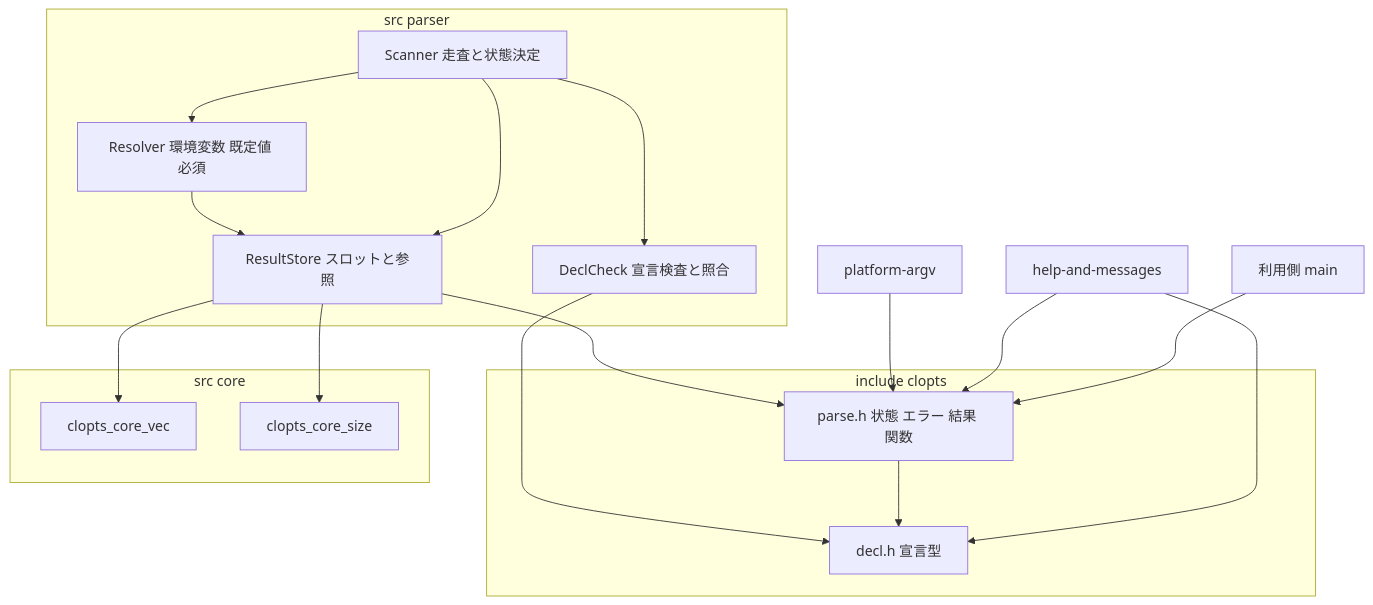
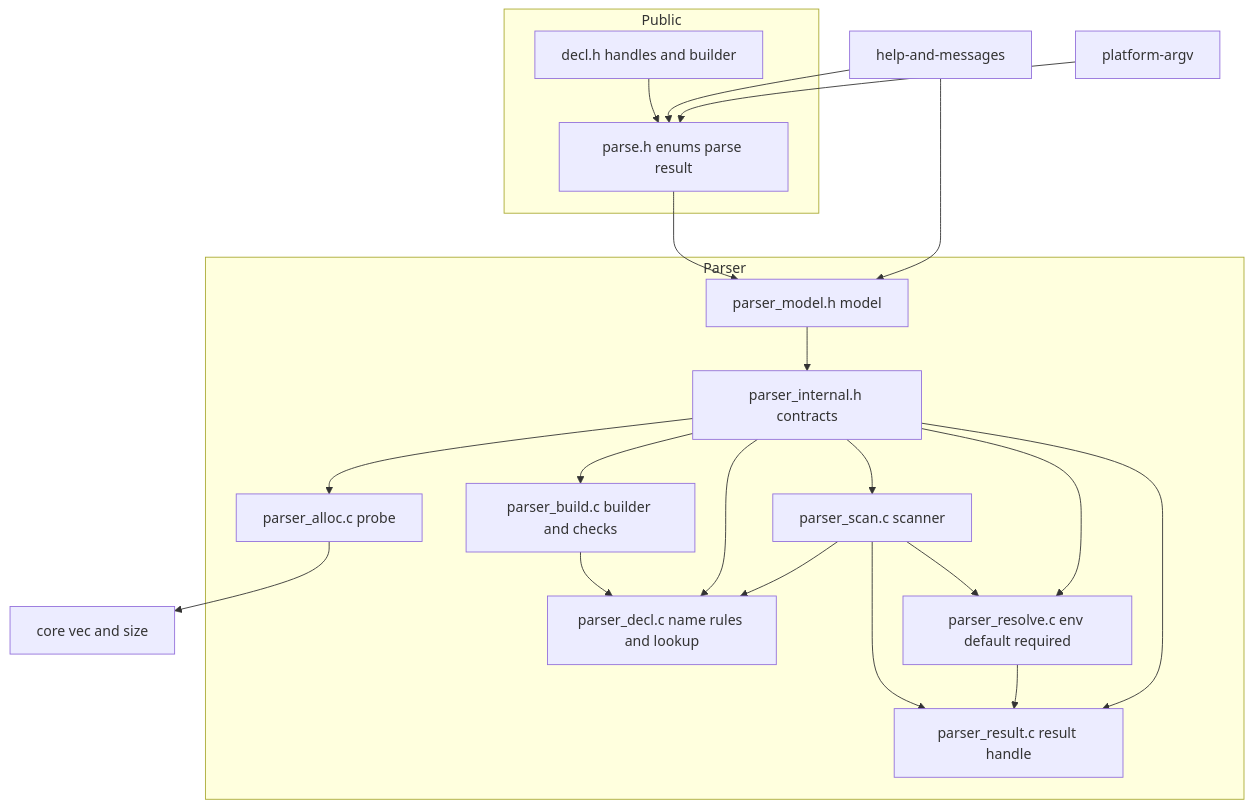
The first of 5 diagrams in .kiro/specs/core-parser/design.md (ktdevx/clopts-private), drawn with Mermaid before and after one commit. The commit also changed other lines of this file and 3 other files, not shown here.

First line of the commit message:
spec(core-parser): ビルダー API と不透明ハンドルの設計に作り直す

````diff
--- a/.kiro/specs/core-parser/design.md
+++ b/.kiro/specs/core-parser/design.md
@@ -64,30 +62,38 @@
 ```mermaid
 graph TB
-    subgraph PublicHeaders[include clopts]
-        DeclH[decl.h 宣言型]
-        ParseH[parse.h 状態 エラー 結果 関数]
+    subgraph Public
+        DeclH[decl.h handles and builder]
+        ParseH[parse.h enums parse result]
     end
-    subgraph ParserModule[src parser]
-        DeclCheck[DeclCheck 宣言検査と照合]
-        Store[ResultStore スロットと参照]
-        Resolver[Resolver 環境変数 既定値 必須]
-        Scanner[Scanner 走査と状態決定]
+    subgraph Parser
+        Model[parser_model.h model]
+        Internal[parser_internal.h contracts]
+        Alloc[parser_alloc.c probe]
+        Build[parser_build.c builder and checks]
+        Decl[parser_decl.c name rules and lookup]
+        Scan[parser_scan.c scanner]
+        Resolve[parser_resolve.c env default required]
+        Result[parser_result.c result handle]
     end
-    subgraph Core[src core]
-        Vec[clopts_core_vec]
-        Size[clopts_core_size]
-    end
-    Caller[利用側 main] --> ParseH
-    HelpSpec[help-and-messages] --> DeclH
-    HelpSpec --> ParseH
-    PlatformSpec[platform-argv] --> ParseH
-    ParseH --> DeclH
-    Scanner --> DeclCheck
-    Scanner --> Store
-    Scanner --> Resolver
-    Resolver --> Store
-    Store --> Vec
-    Store --> Size
-    DeclCheck --> DeclH
-    Store --> ParseH
+    Core[core vec and size]
+    Help[help-and-messages]
+    Platform[platform-argv]
+    DeclH --> ParseH
+    ParseH --> Model
+    Model --> Internal
+    Internal --> Alloc
+    Internal --> Build
+    Internal --> Decl
+    Internal --> Scan
+    Internal --> Resolve
+    Internal --> Result
+    Alloc --> Core
+    Build --> Decl
+    Scan --> Decl
+    Scan --> Result
+    Scan --> Resolve
+    Resolve --> Result
+    Help --> Model
+    Help --> ParseH
+    Platform --> ParseH
 ```
````
